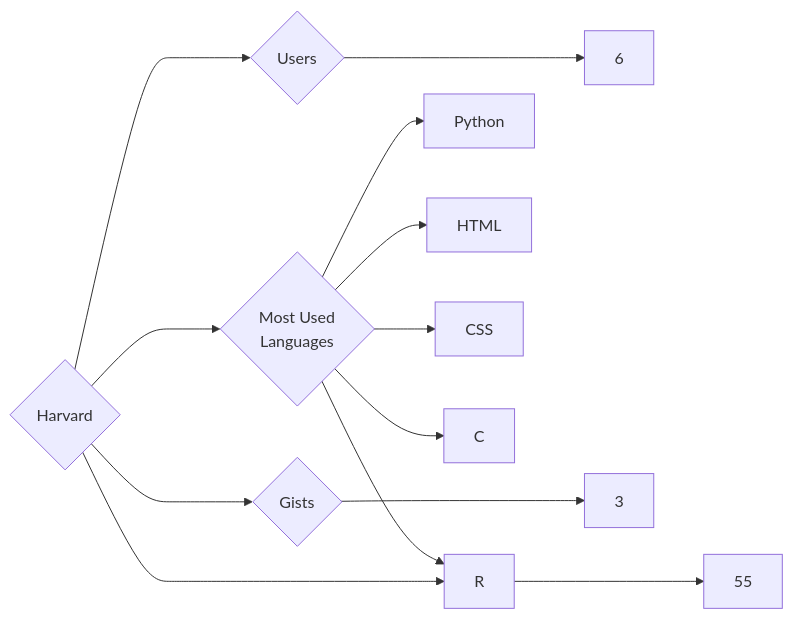
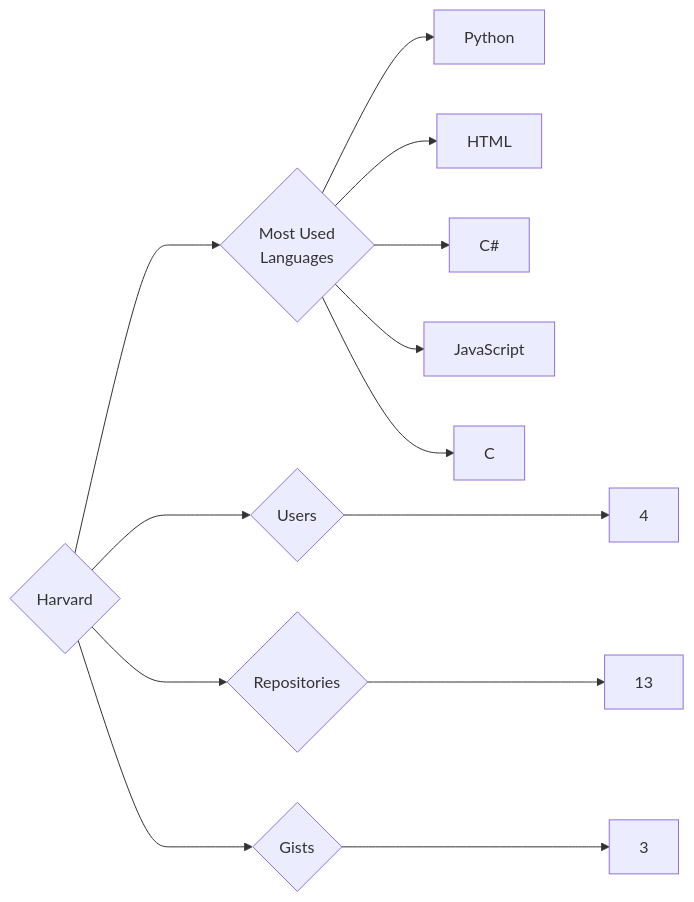
Before and after one commit to trickest/insiders: the diagram in targets/Harvard/README.md, drawn with Mermaid. The commit also changed 693 other files, not shown here.

````diff
--- a/targets/Harvard/README.md
+++ b/targets/Harvard/README.md
@@ -3,13 +3,13 @@
 ```mermaid
 graph LR
 COMPANY_NAME{Harvard}
-COMPANY_NAME ---> U{Users} ---> UN[6]
-COMPANY_NAME ---> R{Repositories} ---> RN[55]
+COMPANY_NAME ---> U{Users} ---> UN[4]
+COMPANY_NAME ---> R{Repositories} ---> RN[13]
 COMPANY_NAME ---> G{Gists} ---> GN[3]
 COMPANY_NAME ---> ML{Most Used<br>Languages}
 ML --> Python[Python]
-ML --> R[R]
 ML --> HTML[HTML]
-ML --> CSS[CSS]
+ML --> C#[C#]
+ML --> JavaScript[JavaScript]
 ML --> C[C]
 ```
````
